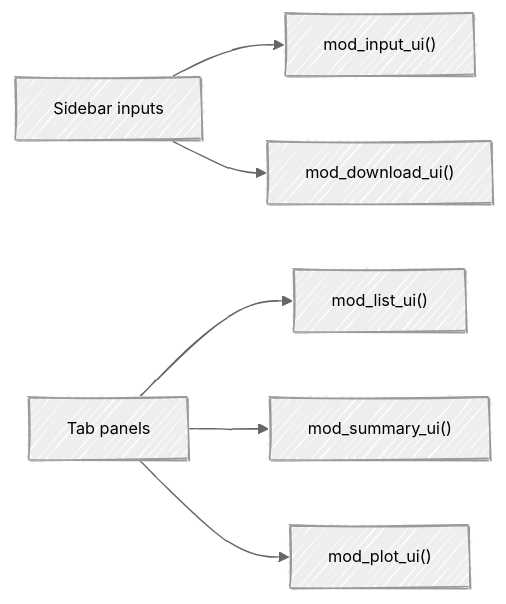
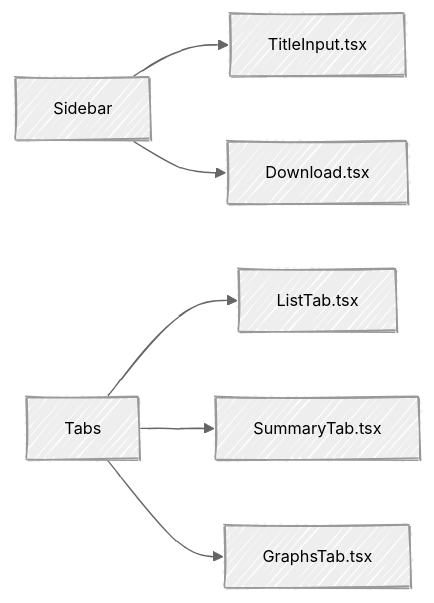
Before and after one commit to mjfrigaard/ttdviewer: the second of 4 diagrams in README.md, drawn with Mermaid. The commit also changed other lines of this file and 44 other files, not shown here.

````diff
--- a/README.md
+++ b/README.md
@@ -60,9 +65,9 @@
 ``` mermaid
 %%{init: {'theme': 'neutral', 'look': 'handDrawn', 'themeVariables': { 'fontFamily': 'monospace', 'fontSize':'13px'}}}%%
 flowchart LR
-  Sidebar["Sidebar inputs"] --> InputUI["mod_input_ui()"]
-  Sidebar --> DownloadUI["mod_download_ui()"]
-  Tabs["Tab panels"] --> ListUI["mod_list_ui()"]
-  Tabs --> SummaryUI["mod_summary_ui()"]
-  Tabs --> PlotUI["mod_plot_ui()"]
+  Sidebar["Sidebar"] --> InputUI["TitleInput.tsx"]
+  Sidebar --> DownloadUI["Download.tsx"]
+  Tabs["Tabs"] --> ListUI["ListTab.tsx"]
+  Tabs --> SummaryUI["SummaryTab.tsx"]
+  Tabs --> PlotUI["GraphsTab.tsx"]
 ```
````
